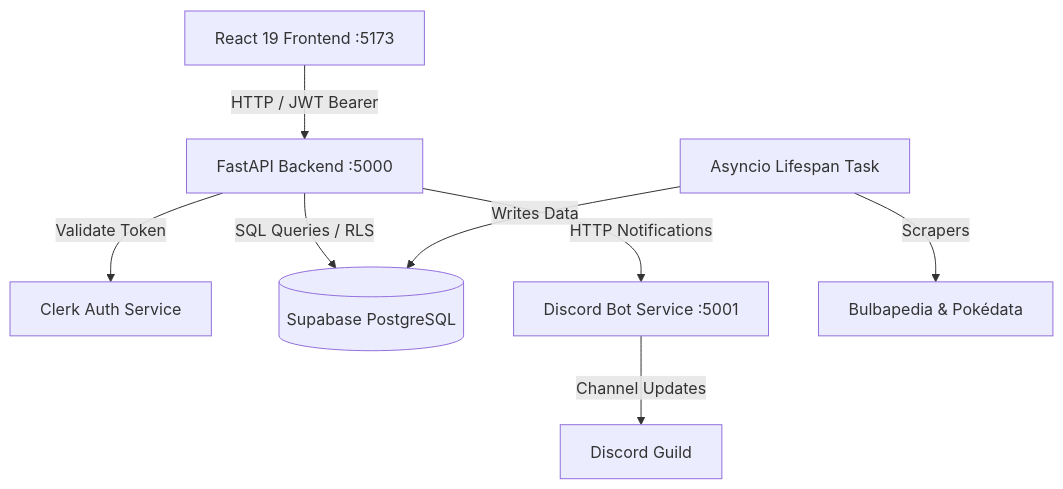
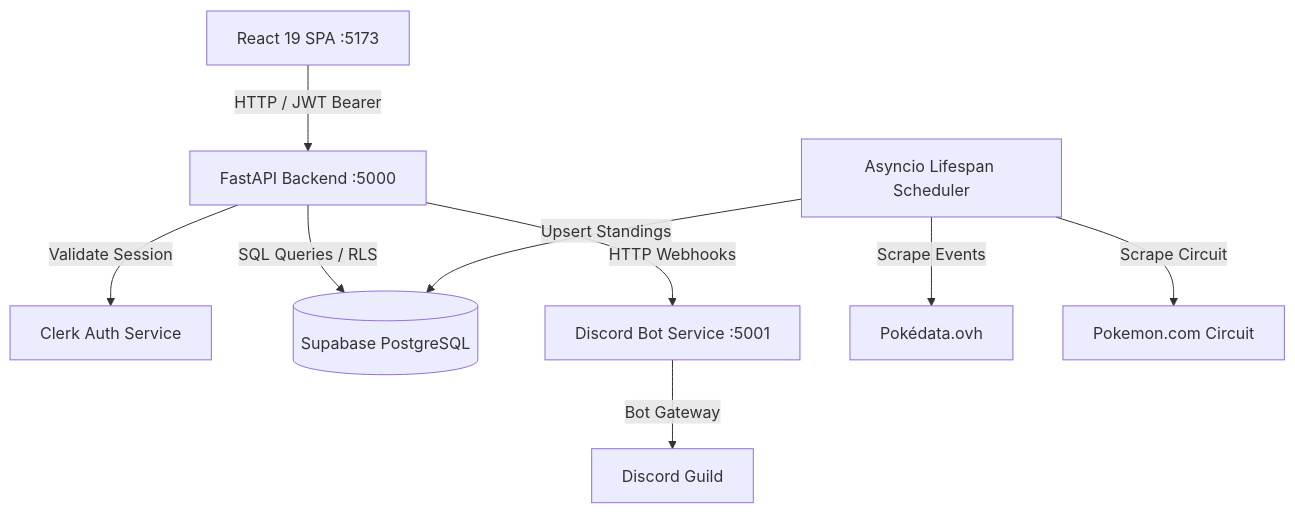
Before and after one commit to L1UK3/playsouthwales: the diagram in docs/architecture.md, drawn with Mermaid. The commit also changed other lines of this file and 8 other files, not shown here.

````diff
--- a/docs/architecture.md
+++ b/docs/architecture.md
@@ -11,10 +13,11 @@
 ```mermaid
 graph TD
-    Client[React 19 Frontend :5173] -->|HTTP / JWT Bearer| API[FastAPI Backend :5000]
-    API -->|Validate Token| Clerk[Clerk Auth Service]
+    Client[React 19 SPA :5173] -->|HTTP / JWT Bearer| API[FastAPI Backend :5000]
+    API -->|Validate Session| Clerk[Clerk Auth Service]
     API -->|SQL Queries / RLS| DB[(Supabase PostgreSQL)]
-    API -->|HTTP Notifications| Bot[Discord Bot Service :5001]
-    Bot -->|Channel Updates| Discord[Discord Guild]
-    Cron[Asyncio Lifespan Task] -->|Scrapers| Ext[Bulbapedia & Pokédata]
-    Cron -->|Writes Data| DB
+    API -->|HTTP Webhooks| Bot[Discord Bot Service :5001]
+    Bot -->|Bot Gateway| Discord[Discord Guild]
+    Scheduler[Asyncio Lifespan Scheduler] -->|Scrape Events| Pokedata[Pokédata.ovh]
+    Scheduler -->|Scrape Circuit| Pokemon[Pokemon.com Circuit]
+    Scheduler -->|Upsert Standings| DB
 ```
````
